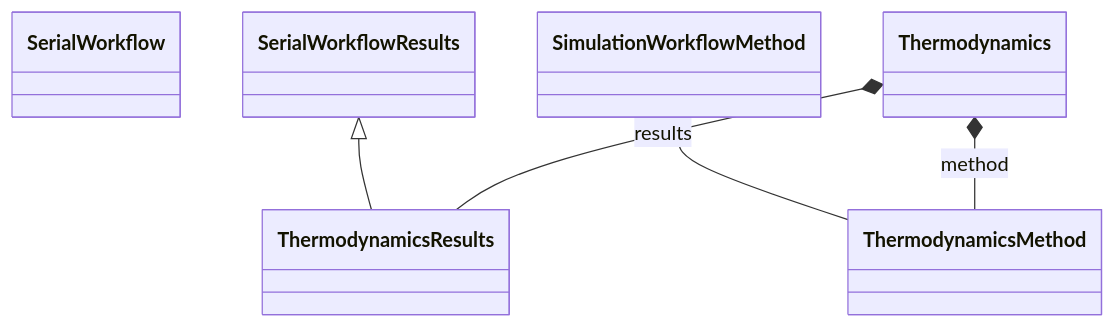
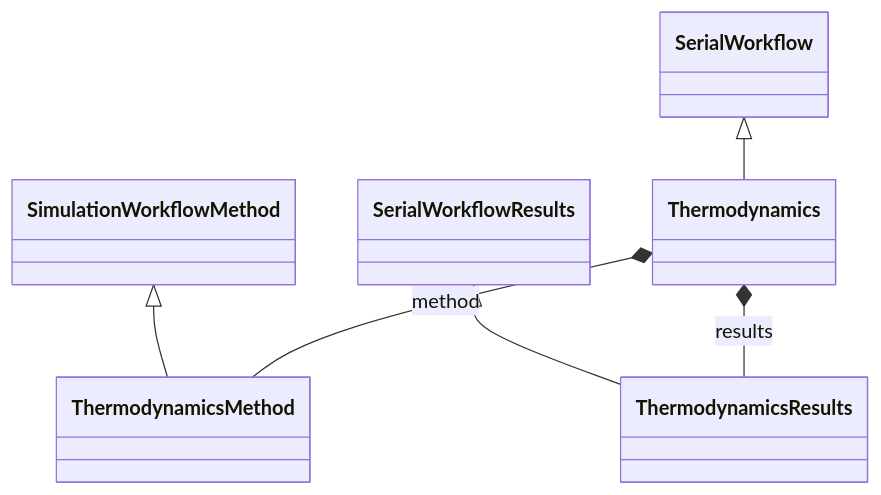
The diagram in docs/schema/workflow_thermodynamics.diagram.md (FAIRmat-NFDI/nomad-simulations), drawn with Mermaid before and after one commit. The commit also changed 9 other files, not shown here.

````diff
--- a/docs/schema/workflow_thermodynamics.diagram.md
+++ b/docs/schema/workflow_thermodynamics.diagram.md
@@ -14,19 +14,20 @@
 ```mermaid
 classDiagram
     class SerialWorkflow {
     }
     class SerialWorkflowResults {
     }
     class SimulationWorkflowMethod {
     }
     class Thermodynamics {
     }
     class ThermodynamicsMethod {
     }
     class ThermodynamicsResults {
     }
+    SerialWorkflow <|-- Thermodynamics
     SimulationWorkflowMethod <|-- ThermodynamicsMethod
     SerialWorkflowResults <|-- ThermodynamicsResults
     Thermodynamics *-- ThermodynamicsMethod : method
     Thermodynamics *-- ThermodynamicsResults : results
 ```
````
